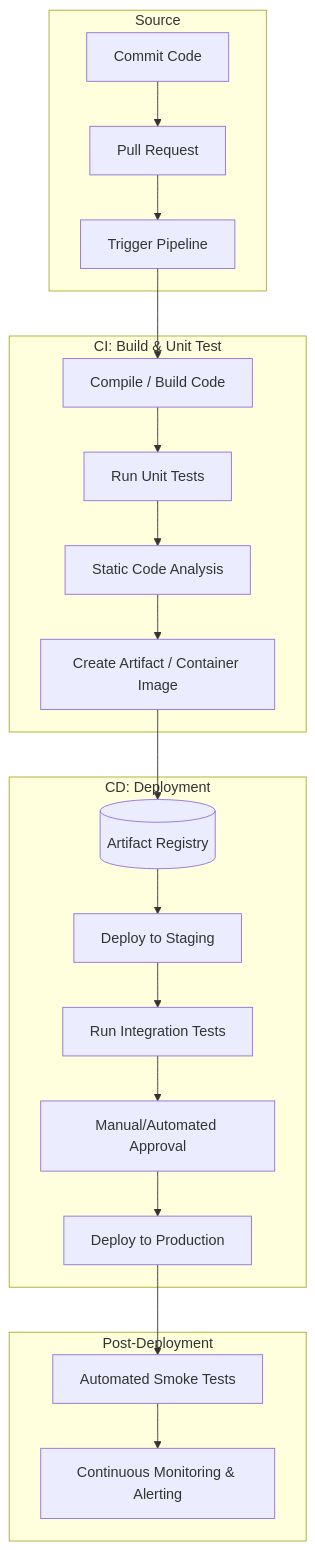
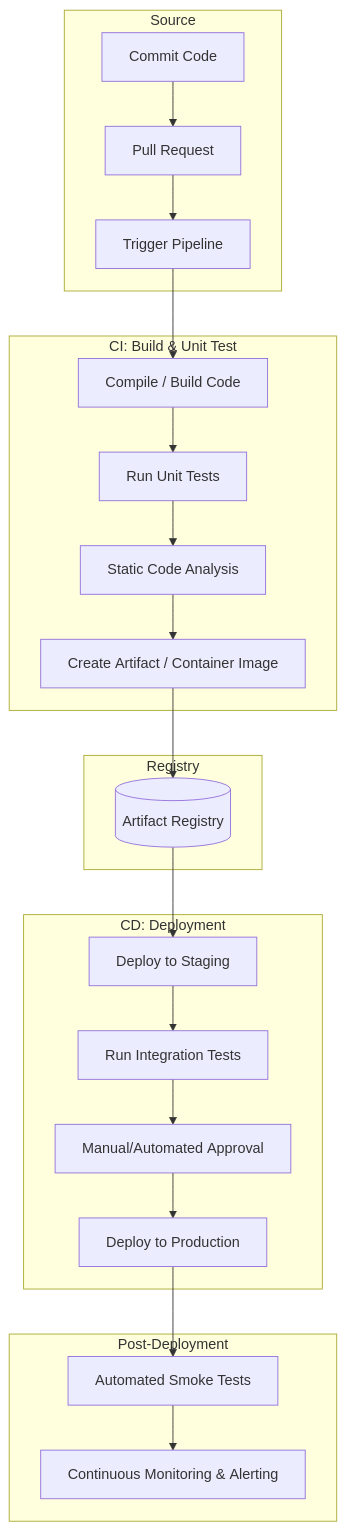
One commit to fraxhost/fraxhost.github.io changed the diagram in _posts/2026-06-17-cd-cd.md. Above: the diagram before and after it, drawn with Mermaid. The commit also changed other lines of this file and 1 other file, not shown here.

Commit message:
feat: per-post mermaid rankSpacing via front matter

````diff
--- a/_posts/2026-06-17-cd-cd.md
+++ b/_posts/2026-06-17-cd-cd.md
@@ -24,33 +25,34 @@
 ```mermaid
 flowchart TD
-    %% Source Stage
     subgraph Source_Stage [Source]
         A[Commit Code] --> B[Pull Request]
         B --> C[Trigger Pipeline]
     end
 
-    %% Build Stage
     subgraph Build_Stage [CI: Build & Unit Test]
         C --> D[Compile / Build Code]
         D --> E[Run Unit Tests]
         E --> F[Static Code Analysis]
-        F --> G[Create Artifact / Container Image]
+        F --> G[Create&nbsp;Artifact&nbsp;/&nbsp;Container&nbsp;Image]
     end
 
-    %% Artifact Registry
-    G --> H[(Artifact Registry)]
+    %% New subgraph for the registry
+    subgraph Registry_Stage [Registry]
+        H[(Artifact Registry)]
+    end
 
-    %% Deploy Stage
+    %% Links remain in the main scope
+    G --> H
+    H --> I
+
     subgraph Deploy_Stage [CD: Deployment]
-        H --> I[Deploy to Staging]
-        I --> J[Run Integration Tests]
-        J --> K[Manual/Automated Approval]
+        I[Deploy to Staging] --> J[Run Integration Tests]
+        J --> K[Manual/Automated&nbsp;Approval]
         K --> L[Deploy to Production]
     end
 
-    %% Monitoring Stage
     subgraph Monitor_Stage [Post-Deployment]
         L --> M[Automated Smoke Tests]
-        M --> N[Continuous Monitoring & Alerting]
+        M --> N[Continuous&nbsp;Monitoring&nbsp;&&nbsp;Alerting]
     end
 ```
````
